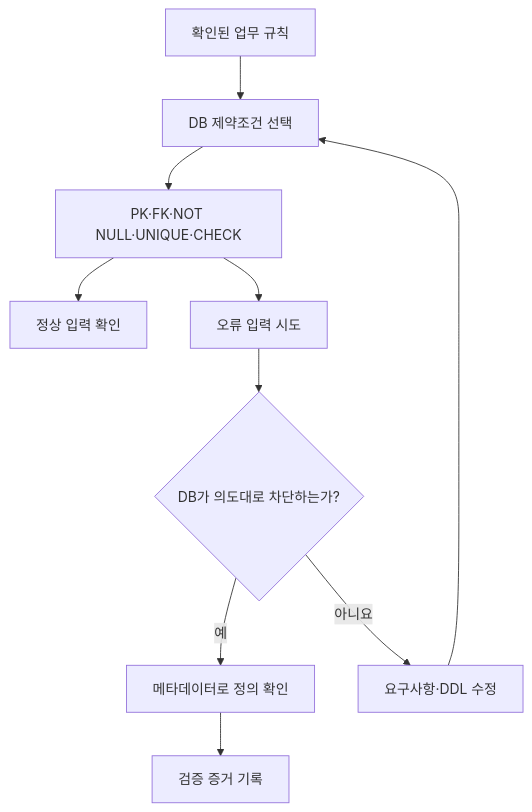
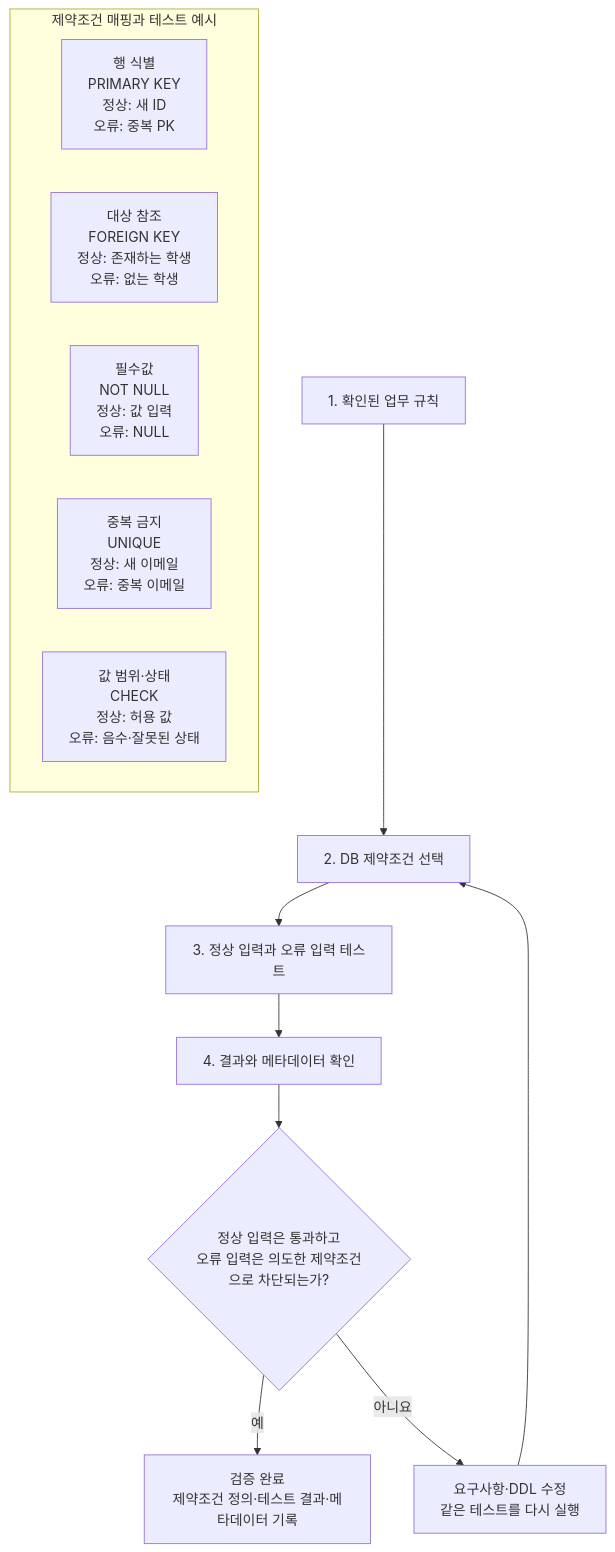
One commit to GilbertMoon/ai-database-book changed the diagram in images/chapter13/ch13_06_constraints_review.mmd. Above: the diagram before and after it, drawn with Mermaid.

Commit message:
docs: clarify chapter 13 constraint review flow

```diff
--- a/images/chapter13/ch13_06_constraints_review.mmd
+++ b/images/chapter13/ch13_06_constraints_review.mmd
@@ -1,10 +1,18 @@
 flowchart TB
-    A[확인된 업무 규칙] --> B[DB 제약조건 선택]
-    B --> C[PK·FK·NOT NULL·UNIQUE·CHECK]
-    C --> D[정상 입력 확인]
-    C --> E[오류 입력 시도]
-    E --> F{DB가 의도대로 차단하는가?}
-    F -- 예 --> G[메타데이터로 정의 확인]
-    F -- 아니요 --> H[요구사항·DDL 수정]
-    H --> B
-    G --> I[검증 증거 기록]
+    A["1. 확인된 업무 규칙"] --> B["2. DB 제약조건 선택"]
+    B --> C["3. 정상 입력과 오류 입력 테스트"]
+    C --> D["4. 결과와 메타데이터 확인"]
+
+    subgraph M[제약조건 매핑과 테스트 예시]
+        direction LR
+        M1["행 식별<br/>PRIMARY KEY<br/>정상: 새 ID<br/>오류: 중복 PK"]
+        M2["대상 참조<br/>FOREIGN KEY<br/>정상: 존재하는 학생<br/>오류: 없는 학생"]
+        M3["필수값<br/>NOT NULL<br/>정상: 값 입력<br/>오류: NULL"]
+        M4["중복 금지<br/>UNIQUE<br/>정상: 새 이메일<br/>오류: 중복 이메일"]
+        M5["값 범위·상태<br/>CHECK<br/>정상: 허용 값<br/>오류: 음수·잘못된 상태"]
+    end
+
+    D --> E{"정상 입력은 통과하고<br/>오류 입력은 의도한 제약조건으로 차단되는가?"}
+    E -- 예 --> F["검증 완료<br/>제약조건 정의·테스트 결과·메타데이터 기록"]
+    E -- 아니요 --> G["요구사항·DDL 수정<br/>같은 테스트를 다시 실행"]
+    G --> B
```
